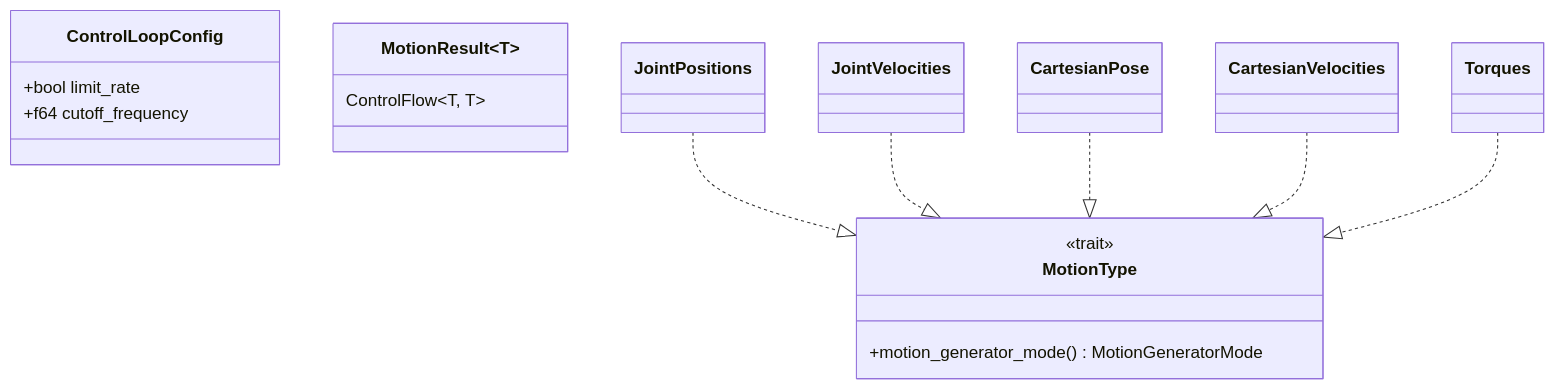
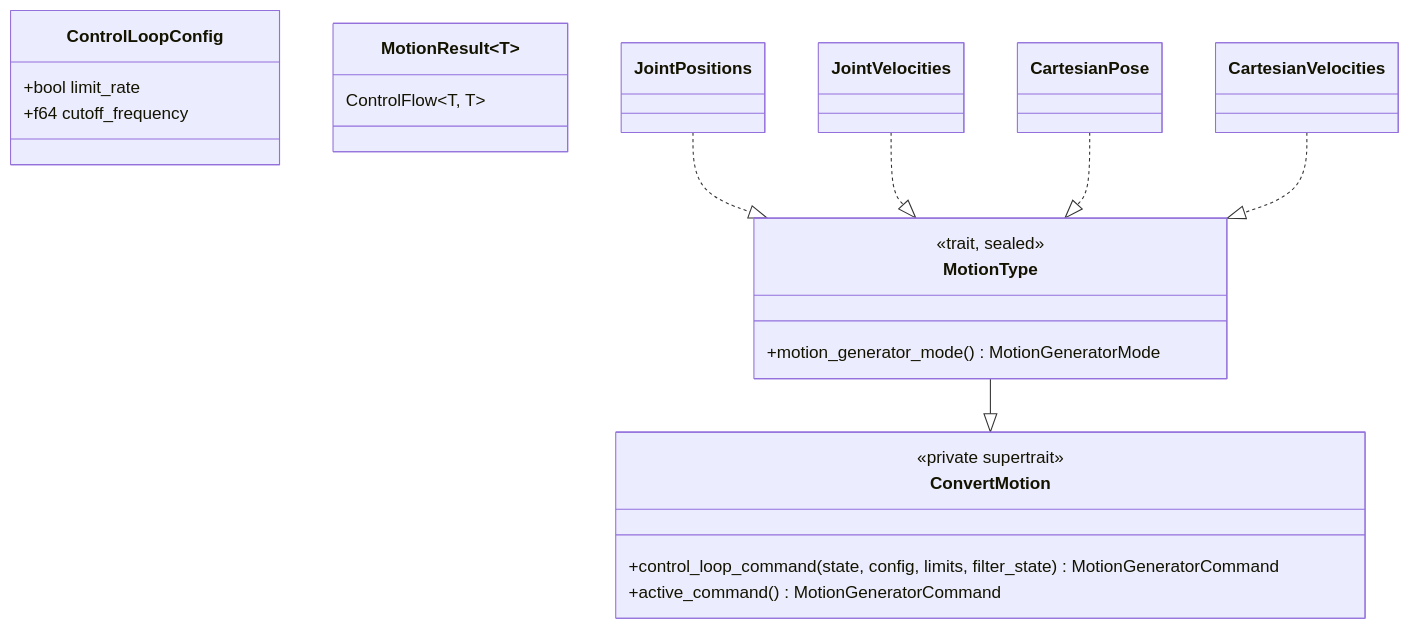
One commit to ColeTen/franka-rs changed the first of 4 diagrams in docs/src/modules/control-loop.md. Above: the diagram before and after it, drawn with Mermaid. The commit also changed other lines of this file and 43 other files, not shown here.

````diff
--- a/docs/src/modules/control-loop.md
+++ b/docs/src/modules/control-loop.md
@@ -7,22 +7,28 @@
 ```mermaid
 classDiagram
     class ControlLoopConfig {
         +bool limit_rate
         +f64 cutoff_frequency
     }
 
     class MotionType {
-        <<trait>>
+        <<trait, sealed>>
         +motion_generator_mode() MotionGeneratorMode
+    }
+
+    class ConvertMotion {
+        <<private supertrait>>
+        +control_loop_command(state, config, limits, filter_state) MotionGeneratorCommand
+        +active_command() MotionGeneratorCommand
     }
 
     class MotionResult~T~ {
         ControlFlow~T, T~
     }
 
     JointPositions ..|> MotionType
     JointVelocities ..|> MotionType
     CartesianPose ..|> MotionType
     CartesianVelocities ..|> MotionType
-    Torques ..|> MotionType
+    MotionType --|> ConvertMotion
 ```
````
